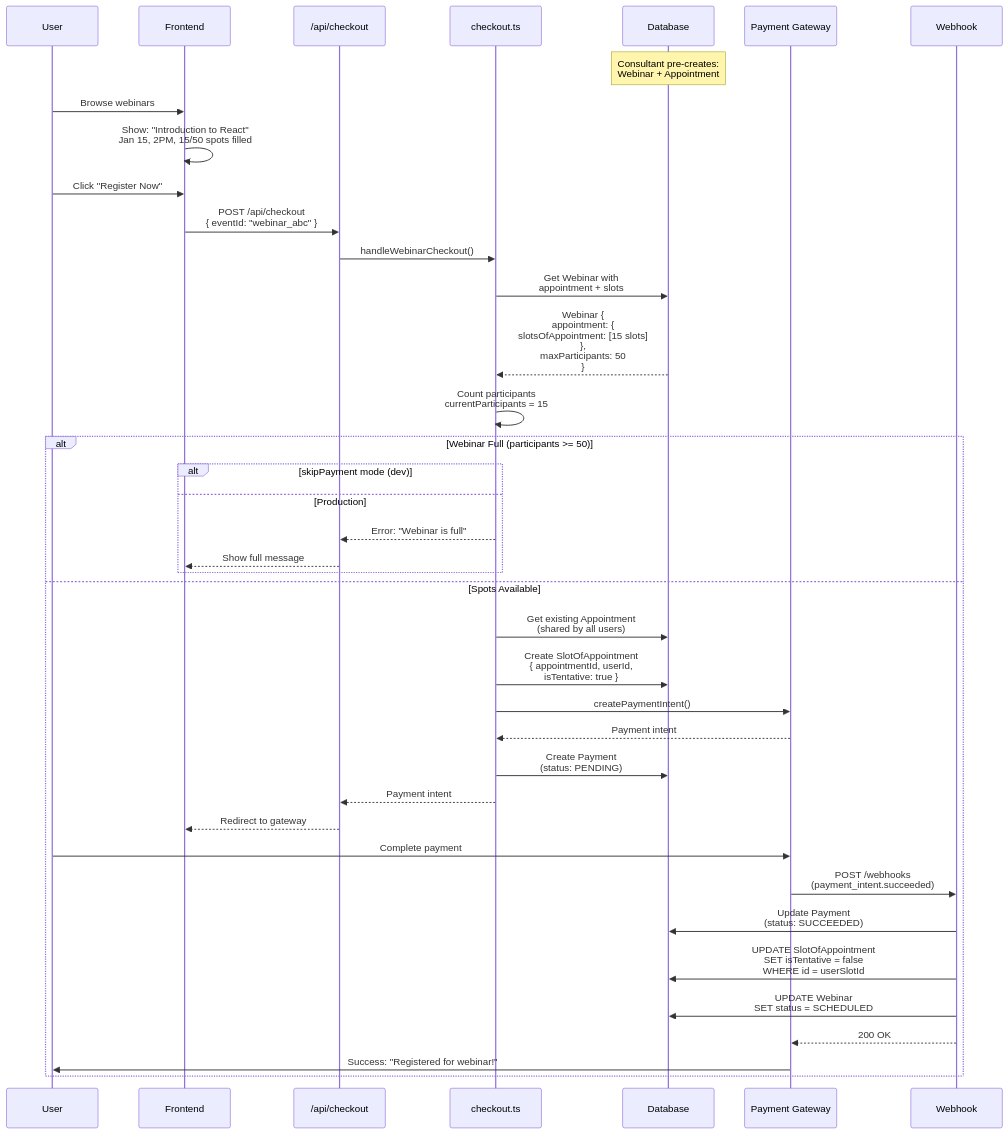
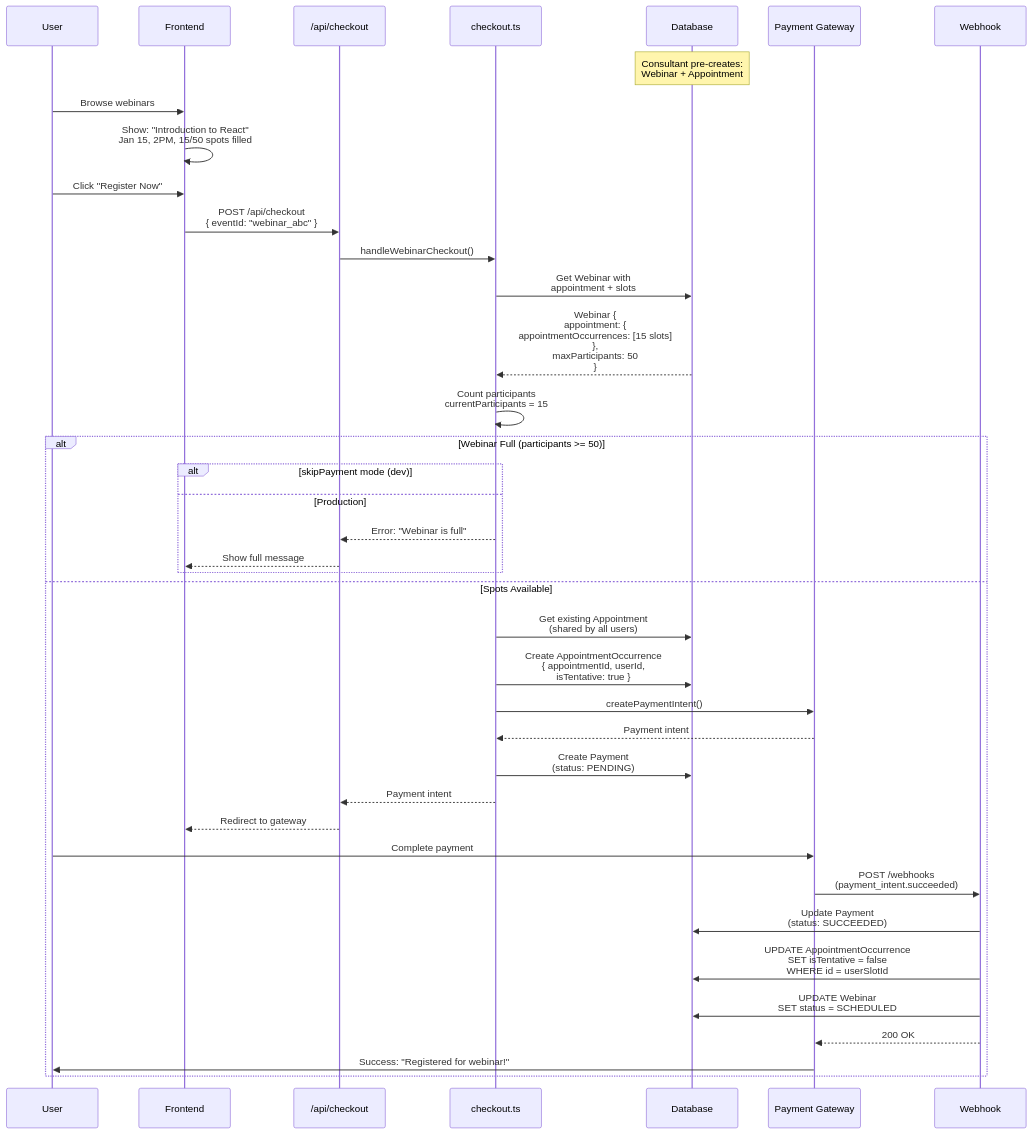
One commit to Practitionist/familiarise_web changed the first of 2 diagrams in docs/payments/checkout-flow/02-webinar-and-class.md. Above: the diagram before and after it, drawn with Mermaid. The commit also changed other lines of this file and 107 other files, not shown here.

Commit message:
docs(vocabulary): the scheduling glossary, booking, feedback, support, stream and review docs speak AppointmentOccurrence, Meeting and Trial (#1554)

````diff
--- a/docs/payments/checkout-flow/02-webinar-and-class.md
+++ b/docs/payments/checkout-flow/02-webinar-and-class.md
@@ -311,49 +311,49 @@
 ```mermaid
 sequenceDiagram
     participant U as User
     participant FE as Frontend
     participant API as /api/checkout
     participant CO as checkout.ts
     participant DB as Database
     participant PG as Payment Gateway
     participant WH as Webhook
 
     Note over DB: Consultant pre-creates:<br/>Webinar + Appointment
 
     U->>FE: Browse webinars
     FE->>FE: Show: "Introduction to React"<br/>Jan 15, 2PM, 15/50 spots filled
     U->>FE: Click "Register Now"
     FE->>API: POST /api/checkout<br/>{ eventId: "webinar_abc" }
 
     API->>CO: handleWebinarCheckout()
     CO->>DB: Get Webinar with<br/>appointment + slots
-    DB-->>CO: Webinar {<br/>  appointment: {<br/>    slotsOfAppointment: [15 slots]<br/>  },<br/>  maxParticipants: 50<br/>}
+    DB-->>CO: Webinar {<br/>  appointment: {<br/>    appointmentOccurrences: [15 slots]<br/>  },<br/>  maxParticipants: 50<br/>}
 
     CO->>CO: Count participants<br/>currentParticipants = 15
 
     alt Webinar Full (participants >= 50)
         alt skipPayment mode (dev)
         else Production
             CO-->>API: Error: "Webinar is full"
             API-->>FE: Show full message
         end
     else Spots Available
         CO->>DB: Get existing Appointment<br/>(shared by all users)
-        CO->>DB: Create SlotOfAppointment<br/>{ appointmentId, userId,<br/>  isTentative: true }
+        CO->>DB: Create AppointmentOccurrence<br/>{ appointmentId, userId,<br/>  isTentative: true }
 
         CO->>PG: createPaymentIntent()
         PG-->>CO: Payment intent
         CO->>DB: Create Payment<br/>(status: PENDING)
         CO-->>API: Payment intent
         API-->>FE: Redirect to gateway
 
         U->>PG: Complete payment
 
         PG->>WH: POST /webhooks<br/>(payment_intent.succeeded)
         WH->>DB: Update Payment<br/>(status: SUCCEEDED)
-        WH->>DB: UPDATE SlotOfAppointment<br/>SET isTentative = false<br/>WHERE id = userSlotId
+        WH->>DB: UPDATE AppointmentOccurrence<br/>SET isTentative = false<br/>WHERE id = userSlotId
         WH->>DB: UPDATE Webinar<br/>SET status = SCHEDULED
         WH-->>PG: 200 OK
         PG->>U: Success: "Registered for webinar!"
     end
 ```
````
